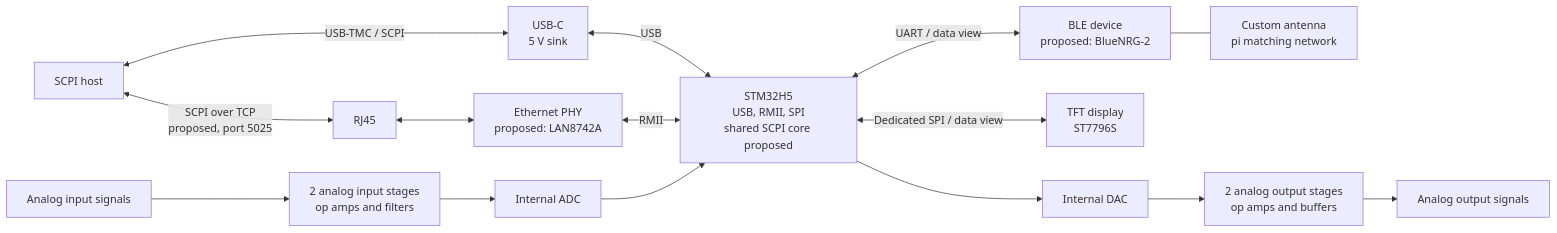
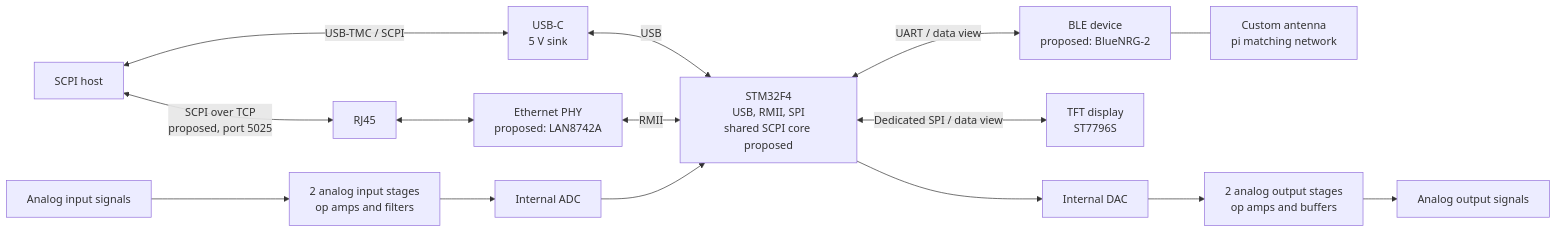
One commit to kwojcik22/remoteLAB changed the diagram in README.md. Above: the diagram before and after it, drawn with Mermaid. The commit also changed other lines of this file and 2 other files, not shown here.

````diff
--- a/README.md
+++ b/README.md
@@ -20,32 +20,32 @@
 ```mermaid
 flowchart LR
     Host[SCPI host]
     USB[USB-C<br/>5 V sink]
     PHY[Ethernet PHY<br/>proposed: LAN8742A]
     RJ45[RJ45]
     BLE[BLE device<br/>proposed: BlueNRG-2]
     Antenna[Custom antenna<br/>pi matching network]
     Display[TFT display<br/>ST7796S]
-    MCU[STM32H5<br/>USB, RMII, SPI<br/>shared SCPI core proposed]
+    MCU[STM32F4<br/>USB, RMII, SPI<br/>shared SCPI core proposed]
     Inputs[2 analog input stages<br/>op amps and filters]
     Outputs[2 analog output stages<br/>op amps and buffers]
     ADC[Internal ADC]
     DAC[Internal DAC]
     AnalogIn[Analog input signals]
     AnalogOut[Analog output signals]
 
     Host <-->|USB-TMC / SCPI| USB
     USB <-->|USB| MCU
     Host <-->|SCPI over TCP<br/>proposed, port 5025| RJ45
     RJ45 <--> PHY
     PHY <-->|RMII| MCU
     MCU <-->|UART / data view| BLE
     BLE --- Antenna
     MCU <-->|Dedicated SPI / data view| Display
     AnalogIn --> Inputs
     Inputs --> ADC
     ADC --> MCU
     MCU --> DAC
     DAC --> Outputs
     Outputs --> AnalogOut
 ```
````
